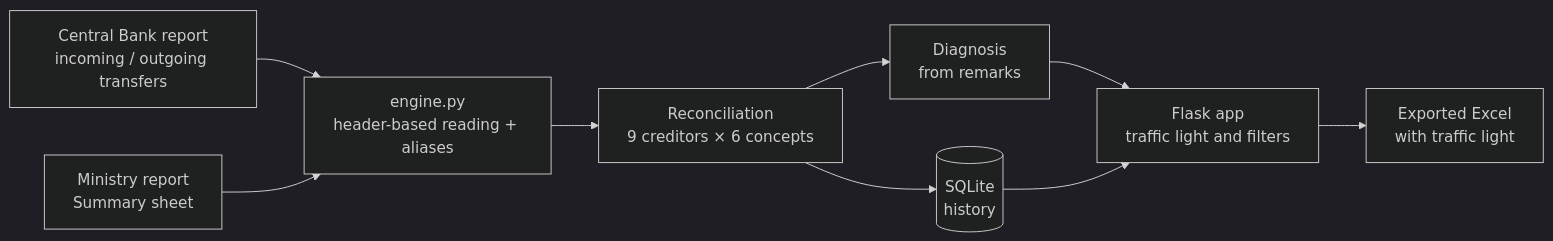
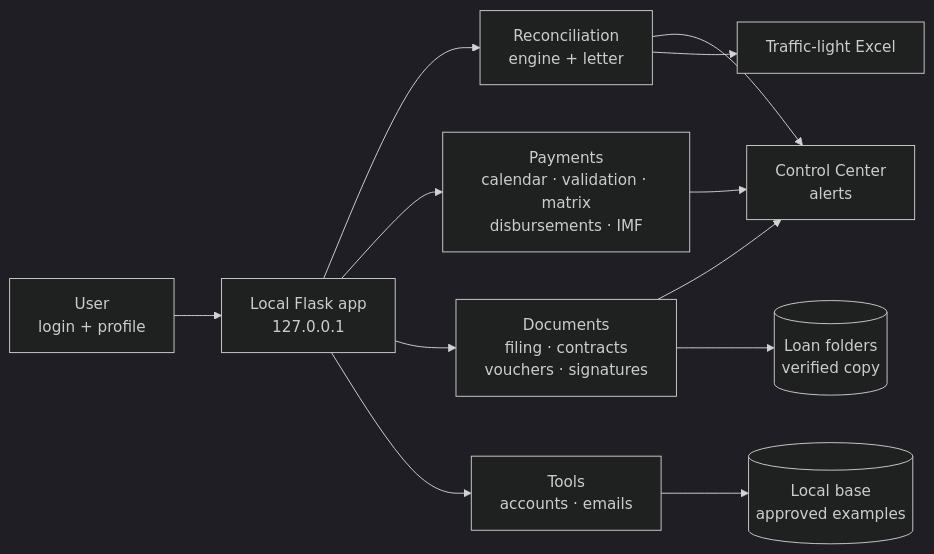
The diagram in README.en.md (BryanAndresR23/GIDEP-Gestor-Deuda-Externa), drawn with Mermaid (dark theme) before and after one commit. The commit also changed other lines of this file and 76 other files, not shown here.

````diff
--- a/README.en.md
+++ b/README.en.md
@@ -37,11 +60,12 @@
 ```mermaid
 flowchart LR
-    A["Central Bank report<br/>incoming / outgoing transfers"] --> C["engine.py<br/>header-based reading + aliases"]
-    B["Ministry report<br/>Summary sheet"] --> C
-    C --> D["Reconciliation<br/>9 creditors × 6 concepts"]
-    D --> E["Diagnosis<br/>from remarks"]
-    D --> F[("SQLite<br/>history")]
-    E --> G["Flask app<br/>traffic light and filters"]
-    F --> G
-    G --> H["Exported Excel<br/>with traffic light"]
+    U["User<br/>login + profile"] --> APP["Local Flask app<br/>127.0.0.1"]
+    APP --> C["Reconciliation<br/>engine + letter"]
+    APP --> P["Payments<br/>calendar · validation · matrix<br/>disbursements · IMF"]
+    APP --> D["Documents<br/>filing · contracts<br/>vouchers · signatures"]
+    APP --> H["Tools<br/>accounts · emails"]
+    C & P & D --> CC["Control Center<br/>alerts"]
+    C --> X["Traffic-light Excel"]
+    D --> F[("Loan folders<br/>verified copy")]
+    H --> S[("Local base<br/>approved examples")]
 ```
````
